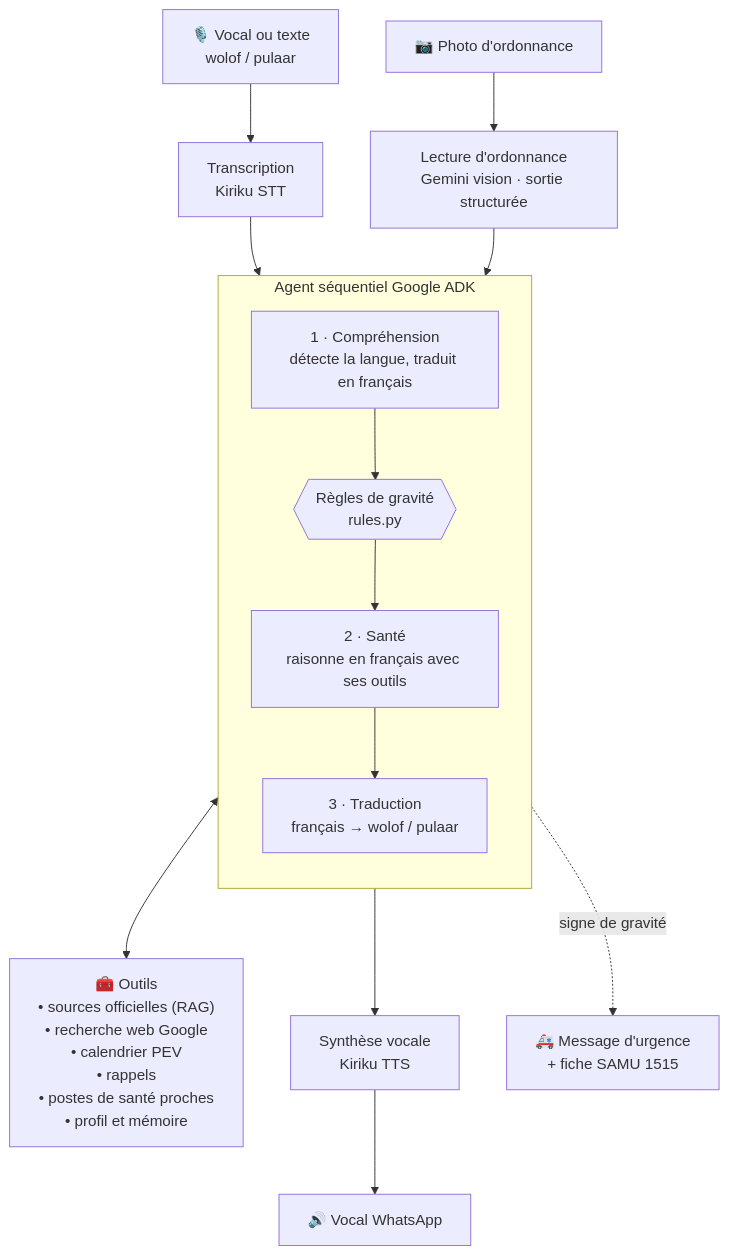
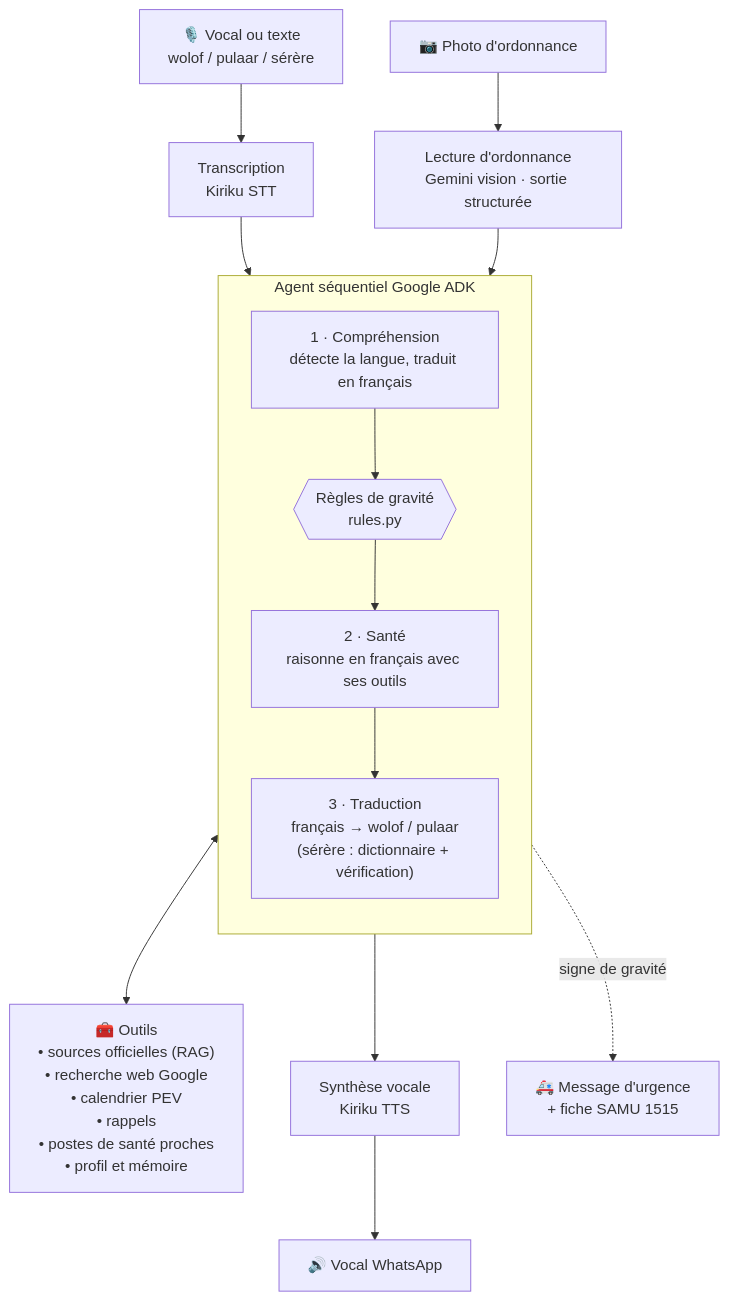
One commit to Alioukun221/Sunuchat_Voicebot changed the third of 6 diagrams in README.md. Above: the diagram before and after it, drawn with Mermaid. The commit also changed other lines of this file and 15 other files, not shown here.

First line of the commit message:
Sérère : dictionnaire de santé de Crétois, réponses vérifiées, voix pulaar

````diff
--- a/README.md
+++ b/README.md
@@ -144,21 +148,21 @@
 ```mermaid
 flowchart TB
-    IN["🎙️ Vocal ou texte<br/>wolof / pulaar"] --> STT["Transcription<br/>Kiriku STT"]
+    IN["🎙️ Vocal ou texte<br/>wolof / pulaar / sérère"] --> STT["Transcription<br/>Kiriku STT"]
     IMG["📷 Photo d'ordonnance"] --> VISION["Lecture d'ordonnance<br/>Gemini vision · sortie structurée"]
     STT --> C
     VISION --> S
 
     subgraph PIPE["Agent séquentiel Google ADK"]
         direction TB
         C["1 · Compréhension<br/>détecte la langue, traduit en français"]
         R{{"Règles de gravité<br/>rules.py"}}
         S["2 · Santé<br/>raisonne en français avec ses outils"]
-        T["3 · Traduction<br/>français → wolof / pulaar"]
+        T["3 · Traduction<br/>français → wolof / pulaar<br/>(sérère : dictionnaire + vérification)"]
         C --> R --> S --> T
     end
 
     S <--> TOOLS["🧰 Outils<br/>• sources officielles (RAG)<br/>• recherche web Google<br/>• calendrier PEV<br/>• rappels<br/>• postes de santé proches<br/>• profil et mémoire"]
     T --> TTS["Synthèse vocale<br/>Kiriku TTS"]
     TTS --> OUT["🔊 Vocal WhatsApp"]
     R -. "signe de gravité" .-> SAMU["🚑 Message d'urgence<br/>+ fiche SAMU 1515"]
 ```
````
